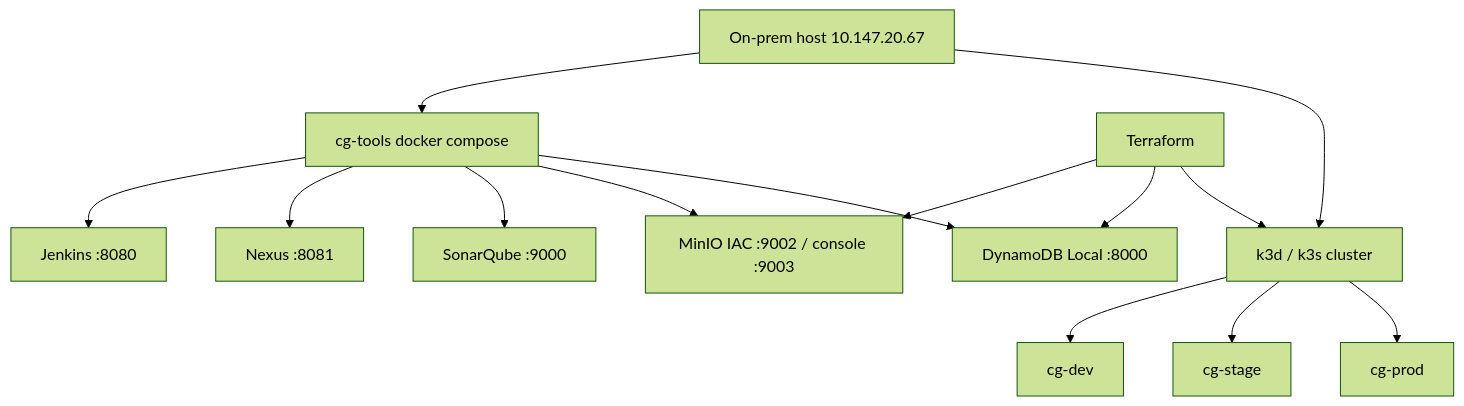
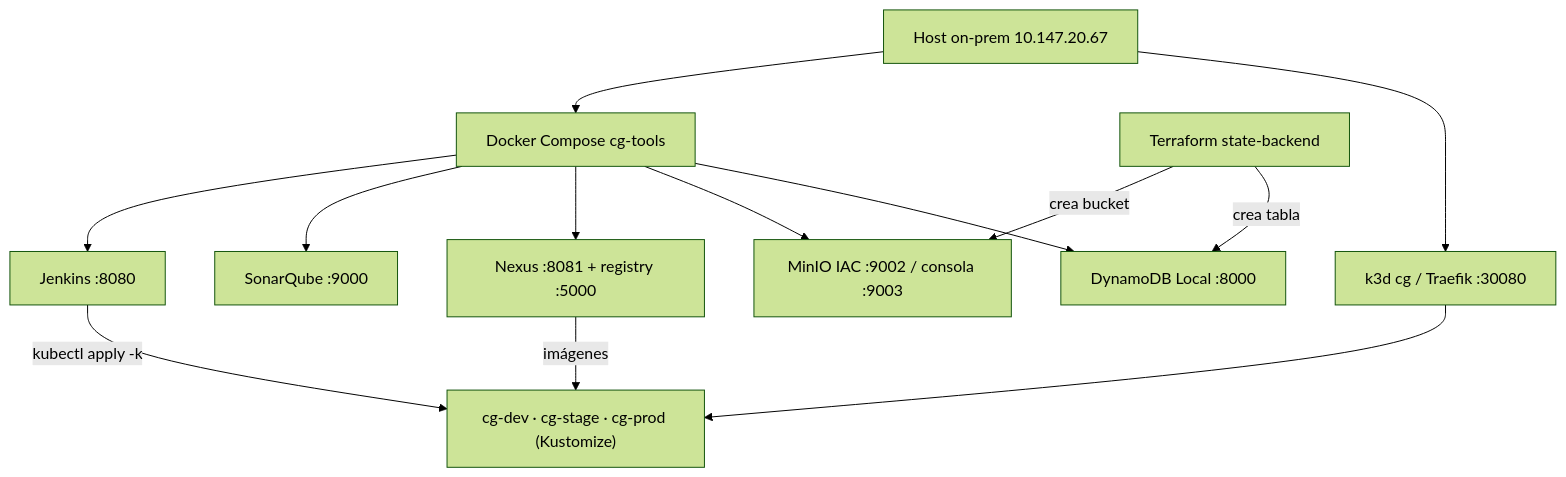
The first of 3 diagrams in docs/diagramas/README.md (ingesoft5/circle-guard-finalproject-A00401805-A00405090-A00401428-A00377013), drawn with Mermaid (forest theme) before and after one commit. The commit also changed other lines of this file and 68 other files, not shown here.

First line of the commit message:
refactor ( infra ) : reduce terraform to on-prem state backend

````diff
--- a/docs/diagramas/README.md
+++ b/docs/diagramas/README.md
@@ -5,29 +8,26 @@
 ```mermaid
 flowchart TB
-  HOST["On-prem host 10.147.20.67"]
-  TOOLS["cg-tools docker compose"]
+  HOST["Host on-prem 10.147.20.67"]
+  TOOLS["Docker Compose cg-tools"]
   JENKINS["Jenkins :8080"]
-  NEXUS["Nexus :8081"]
   SONAR["SonarQube :9000"]
-  MINIO["MinIO IAC :9002 / console :9003"]
+  NEXUS["Nexus :8081 + registry :5000"]
+  MINIO["MinIO IAC :9002 / consola :9003"]
   DDB["DynamoDB Local :8000"]
-  K3D["k3d / k3s cluster"]
-  DEV["cg-dev"]
-  STAGE["cg-stage"]
-  PROD["cg-prod"]
-  TF["Terraform"]
+  K3D["k3d cg / Traefik :30080"]
+  ENVS["cg-dev · cg-stage · cg-prod (Kustomize)"]
+  TF["Terraform state-backend"]
 
   HOST --> TOOLS
+  HOST --> K3D
   TOOLS --> JENKINS
+  TOOLS --> SONAR
   TOOLS --> NEXUS
-  TOOLS --> SONAR
   TOOLS --> MINIO
   TOOLS --> DDB
-  HOST --> K3D
-  K3D --> DEV
-  K3D --> STAGE
-  K3D --> PROD
-  TF --> MINIO
-  TF --> DDB
-  TF --> K3D
+  K3D --> ENVS
+  JENKINS -->|"kubectl apply -k"| ENVS
+  NEXUS -->|"imágenes"| ENVS
+  TF -->|"crea bucket"| MINIO
+  TF -->|"crea tabla"| DDB
 ```
````
